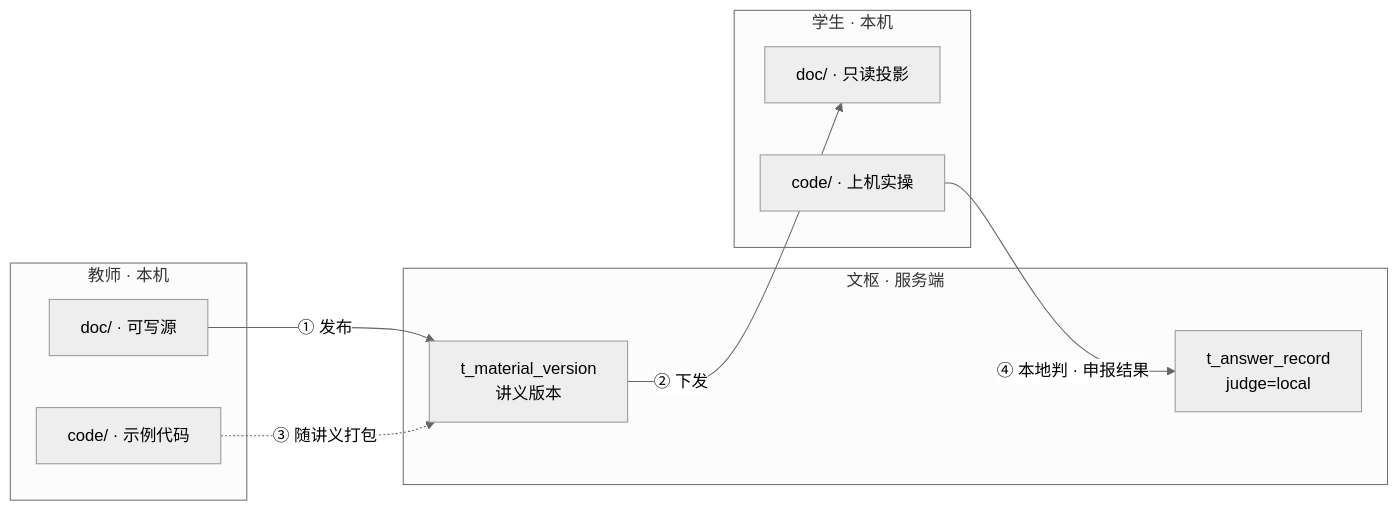
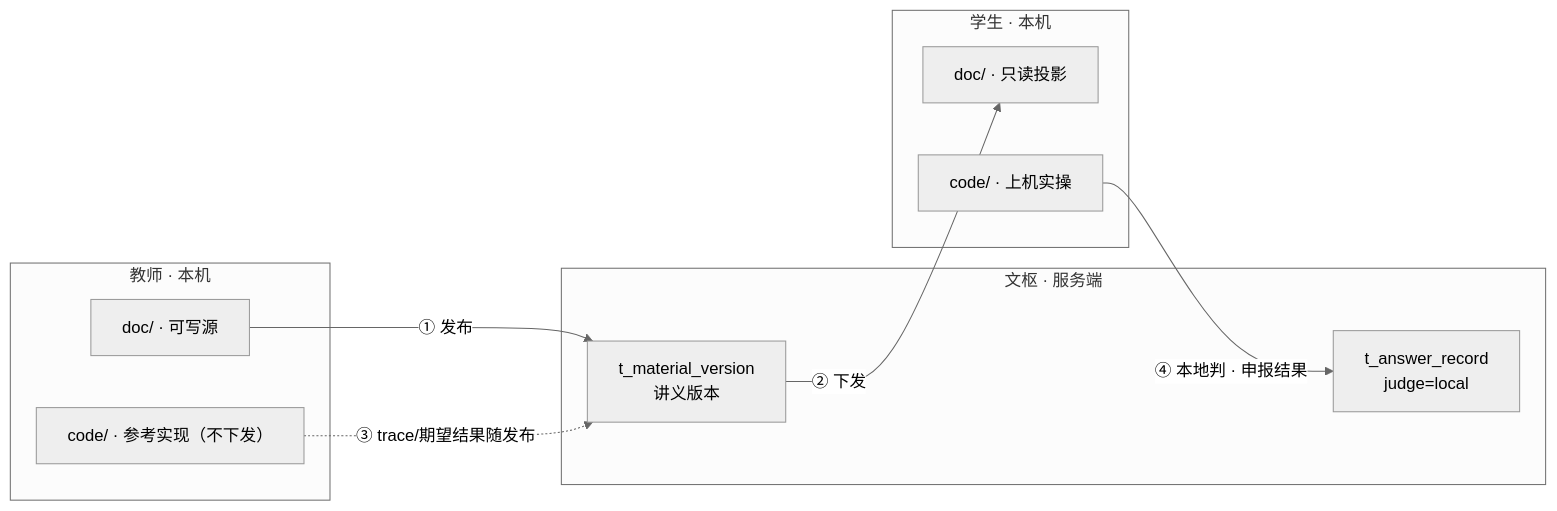
Before and after one commit to wenlanstudio/wenlan: the second of 2 diagrams in docs/design/course-workspace-design.md, drawn with Mermaid (neutral theme). The commit also changed other lines of this file and 1 other file, not shown here.

Commit message:
docs(design): 课程工作区第九轮——教师 code 永不下发（D15）、用途词表 v2（D13，测试并入考试）、目录维持平铺+教学树五组（D14）、N4 词表同步

````diff
--- a/docs/design/course-workspace-design.md
+++ b/docs/design/course-workspace-design.md
@@ -128,19 +130,19 @@
 ```mermaid
 flowchart LR
   subgraph T["教师 · 本机"]
     A["doc/ · 可写源"]
-    B["code/ · 示例代码"]
+    B["code/ · 参考实现（不下发）"]
   end
   subgraph W["文枢 · 服务端"]
     C["t_material_version<br/>讲义版本"]
     D["t_answer_record<br/>judge=local"]
   end
   subgraph S["学生 · 本机"]
     E["doc/ · 只读投影"]
     F["code/ · 上机实操"]
   end
   A -->|① 发布| C
   C -->|② 下发| E
-  B -.->|③ 随讲义打包| C
+  B -.->|③ trace/期望结果随发布| C
   F -->|④ 本地判 · 申报结果| D
 ```
````
